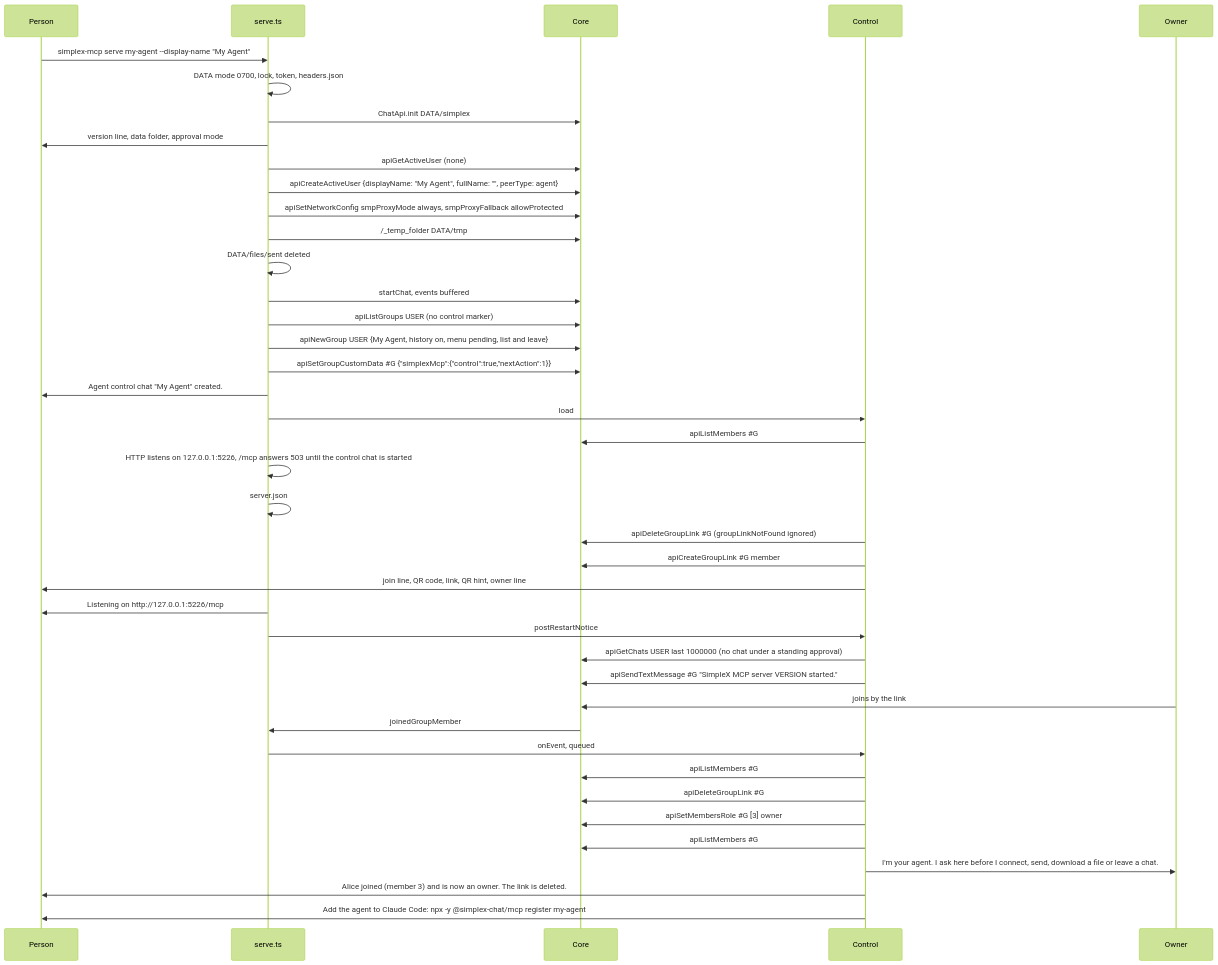
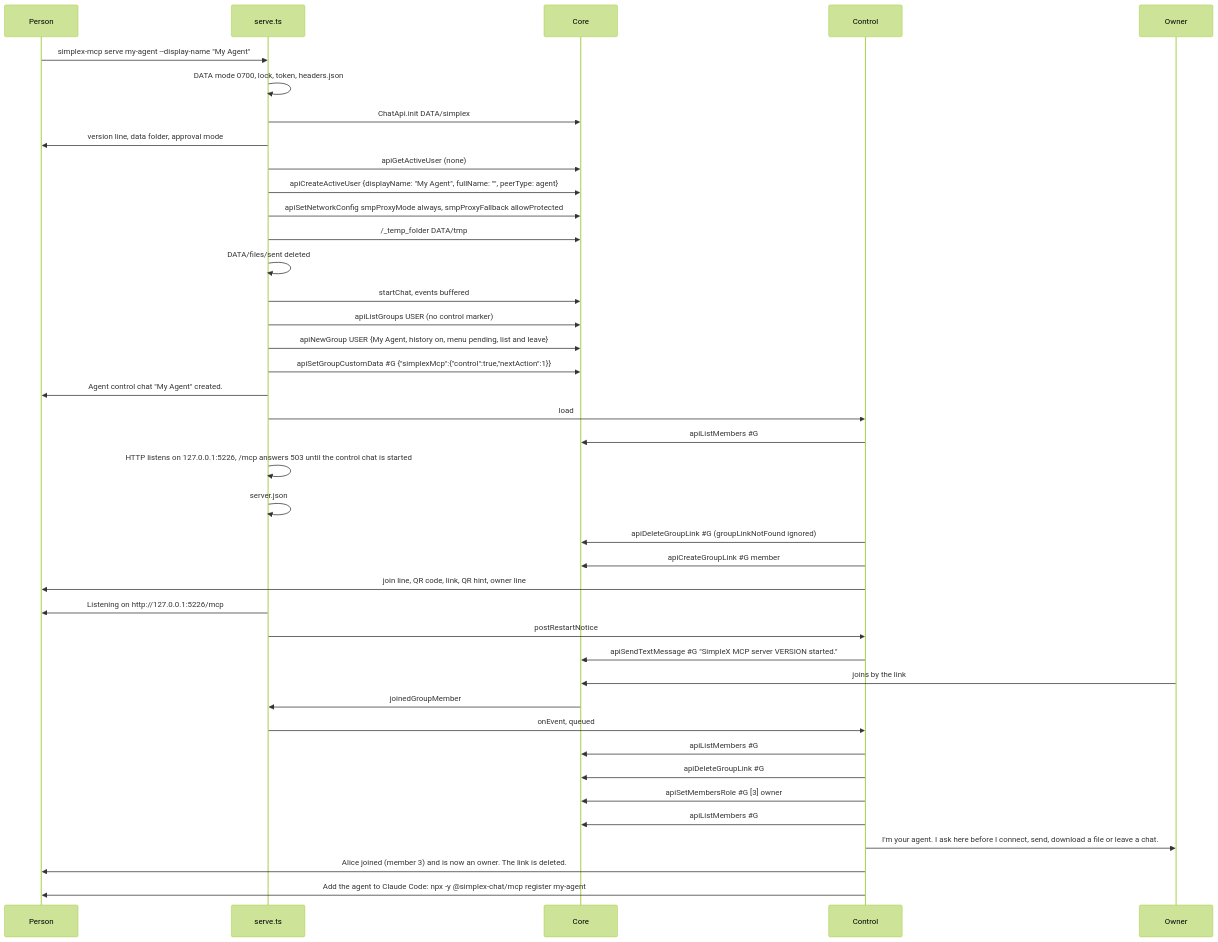
One commit to simplex-chat/simplex-chat changed the first of 45 diagrams in packages/simplex-chat-mcp/spec/flows.md. Above: the diagram before and after it, drawn with Mermaid (forest theme). The commit also changed other lines of this file and 10 other files, not shown here.

````diff
--- a/packages/simplex-chat-mcp/spec/flows.md
+++ b/packages/simplex-chat-mcp/spec/flows.md
@@ -82,43 +82,42 @@
 ```mermaid
 sequenceDiagram
   participant P as Person
   participant S as serve.ts
   participant C as Core
   participant K as Control
   participant O as Owner
   P->>S: simplex-mcp serve my-agent --display-name "My Agent"
   S->>S: DATA mode 0700, lock, token, headers.json
   S->>C: ChatApi.init DATA/simplex
   S->>P: version line, data folder, approval mode
   S->>C: apiGetActiveUser (none)
   S->>C: apiCreateActiveUser {displayName: "My Agent", fullName: "", peerType: agent}
   S->>C: apiSetNetworkConfig smpProxyMode always, smpProxyFallback allowProtected
   S->>C: /_temp_folder DATA/tmp
   S->>S: DATA/files/sent deleted
   S->>C: startChat, events buffered
   S->>C: apiListGroups USER (no control marker)
   S->>C: apiNewGroup USER {My Agent, history on, menu pending, list and leave}
   S->>C: apiSetGroupCustomData #35;G {"simplexMcp":{"control":true,"nextAction":1}}
   S->>P: Agent control chat "My Agent" created.
   S->>K: load
   K->>C: apiListMembers #35;G
   S->>S: HTTP listens on 127.0.0.1:5226, /mcp answers 503 until the control chat is started
   S->>S: server.json
   K->>C: apiDeleteGroupLink #35;G (groupLinkNotFound ignored)
   K->>C: apiCreateGroupLink #35;G member
   K->>P: join line, QR code, link, QR hint, owner line
   S->>P: Listening on http://127.0.0.1:5226/mcp
   S->>K: postRestartNotice
-  K->>C: apiGetChats USER last 1000000 (no chat under a standing approval)
   K->>C: apiSendTextMessage #35;G "SimpleX MCP server VERSION started."
   O->>C: joins by the link
   C->>S: joinedGroupMember
   S->>K: onEvent, queued
   K->>C: apiListMembers #35;G
   K->>C: apiDeleteGroupLink #35;G
   K->>C: apiSetMembersRole #35;G [3] owner
   K->>C: apiListMembers #35;G
   K->>O: I'm your agent. I ask here before I connect, send, download a file or leave a chat.
   K->>P: Alice joined (member 3) and is now an owner. The link is deleted.
   K->>P: Add the agent to Claude Code: npx -y @simplex-chat/mcp register my-agent
 ```
````
